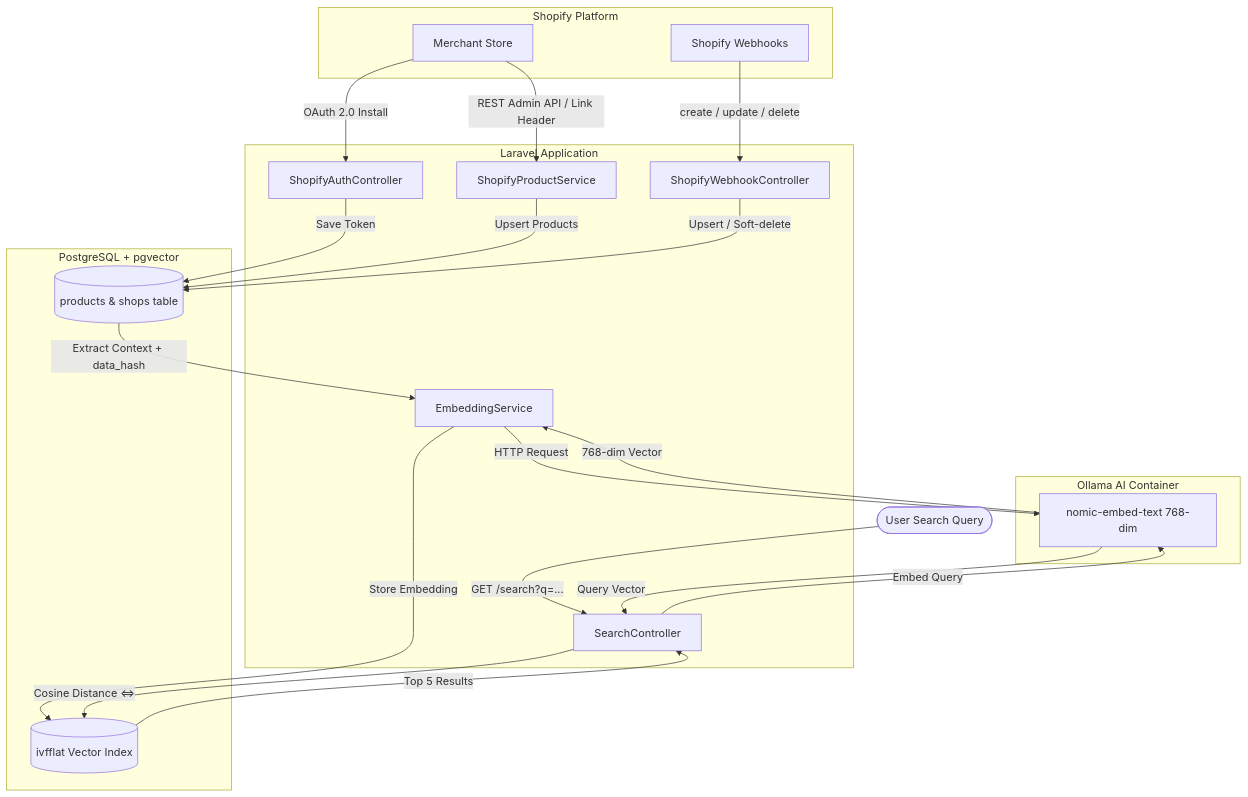
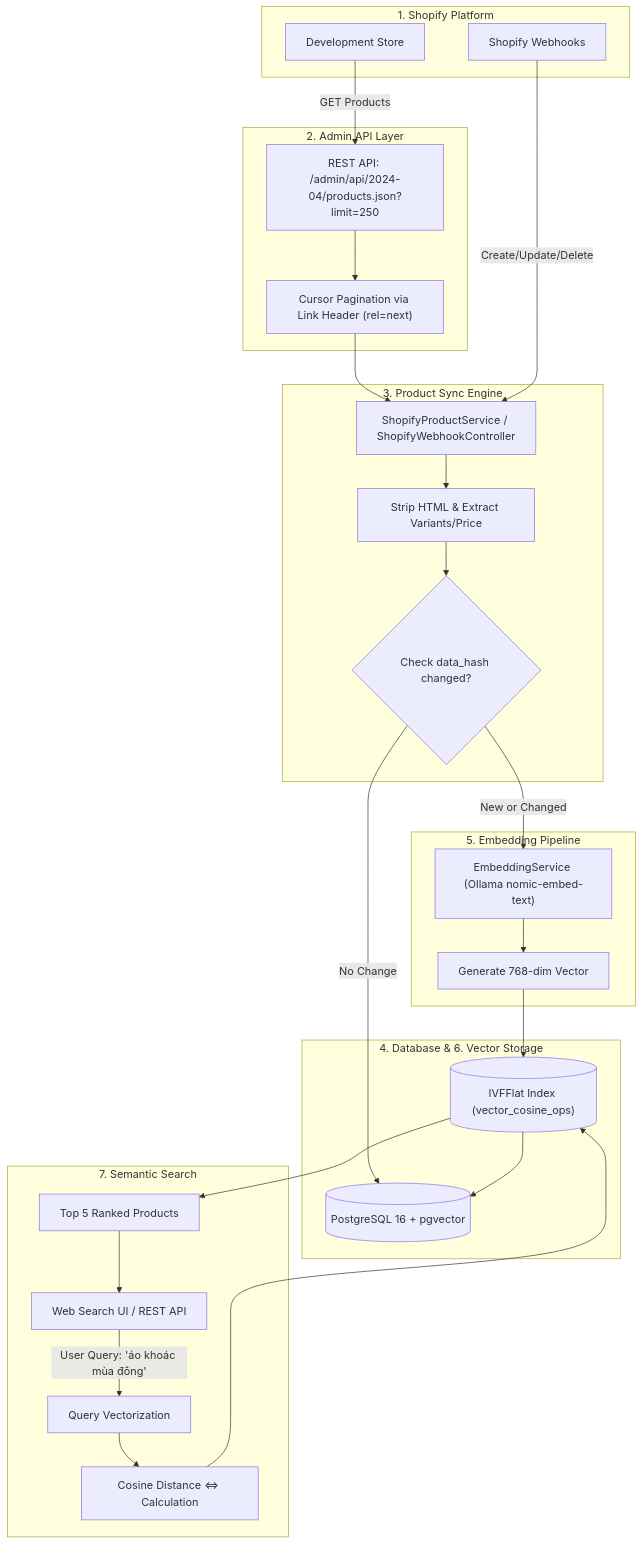
Before and after one commit to hoangvantuan1105/shopify_test: the diagram in README.md, drawn with Mermaid. The commit also changed other lines of this file, not shown here.

Commit message:
readme update shopify webhooks

````diff
--- a/README.md
+++ b/README.md
@@ -23,41 +211,56 @@
 ```mermaid
 flowchart TD
-    subgraph Shopify["Shopify Platform"]
-        Shop[Merchant Store]
+    subgraph Shopify["1. Shopify Platform"]
+        Store[Development Store]
         Webhook[Shopify Webhooks]
     end
 
-    subgraph App["Laravel Application"]
-        OAuth[ShopifyAuthController]
-        SyncService[ShopifyProductService]
-        WebhookController[ShopifyWebhookController]
-        EmbedService[EmbeddingService]
-        SearchController[SearchController]
+    subgraph AdminAPI["2. Admin API Layer"]
+        RestAPI["REST API: /admin/api/2024-04/products.json?limit=250"]
+        LinkHeader["Cursor Pagination via Link Header (rel=next)"]
     end
 
-    subgraph Storage["PostgreSQL + pgvector"]
-        DB[(products & shops table)]
-        IVF[(ivfflat Vector Index)]
+    subgraph SyncEngine["3. Product Sync Engine"]
+        SyncService["ShopifyProductService / ShopifyWebhookController"]
+        HTMLCleaner["Strip HTML & Extract Variants/Price"]
+        HashCheck{"Check data_hash changed?"}
     end
 
-    subgraph AI["Ollama AI Container"]
-        Ollama[nomic-embed-text 768-dim]
+    subgraph DatabaseLayer["4. Database & 6. Vector Storage"]
+        Postgres[(PostgreSQL 16 + pgvector)]
+        IVFIndex[("IVFFlat Index (vector_cosine_ops)")]
     end
 
-    Shop -->|OAuth 2.0 Install| OAuth
-    OAuth -->|Save Token| DB
-    Shop -->|REST Admin API / Link Header| SyncService
-    Webhook -->|create / update / delete| WebhookController
-    SyncService -->|Upsert Products| DB
-    WebhookController -->|Upsert / Soft-delete| DB
-    DB -->|Extract Context + data_hash| EmbedService
-    EmbedService -->|HTTP Request| Ollama
-    Ollama -->|768-dim Vector| EmbedService
-    EmbedService -->|Store Embedding| IVF
+    subgraph EmbeddingEngine["5. Embedding Pipeline"]
+        OllamaService["EmbeddingService (Ollama nomic-embed-text)"]
+        Vector768["Generate 768-dim Vector"]
+    end
 
-    User([User Search Query]) -->|GET /search?q=...| SearchController
-    SearchController -->|Embed Query| Ollama
-    Ollama -->|Query Vector| SearchController
-    SearchController -->|Cosine Distance <=> | IVF
-    IVF -->|Top 5 Results| SearchController
+    subgraph SearchApp["7. Semantic Search"]
+        SearchUI["Web Search UI / REST API"]
+        QueryEmbed["Query Vectorization"]
+        CosineCalc["Cosine Distance <=> Calculation"]
+        Top5["Top 5 Ranked Products"]
+    end
+
+    Store -->|GET Products| RestAPI
+    RestAPI --> LinkHeader
+    LinkHeader --> SyncService
+    Webhook -->|Create/Update/Delete| SyncService
+
+    SyncService --> HTMLCleaner
+    HTMLCleaner --> HashCheck
+    
+    HashCheck -->|No Change| Postgres
+    HashCheck -->|New or Changed| OllamaService
+    
+    OllamaService --> Vector768
+    Vector768 --> IVFIndex
+    IVFIndex --> Postgres
+
+    SearchUI -->|User Query: 'áo khoác mùa đông'| QueryEmbed
+    QueryEmbed --> CosineCalc
+    CosineCalc --> IVFIndex
+    IVFIndex --> Top5
+    Top5 --> SearchUI
 ```
````
